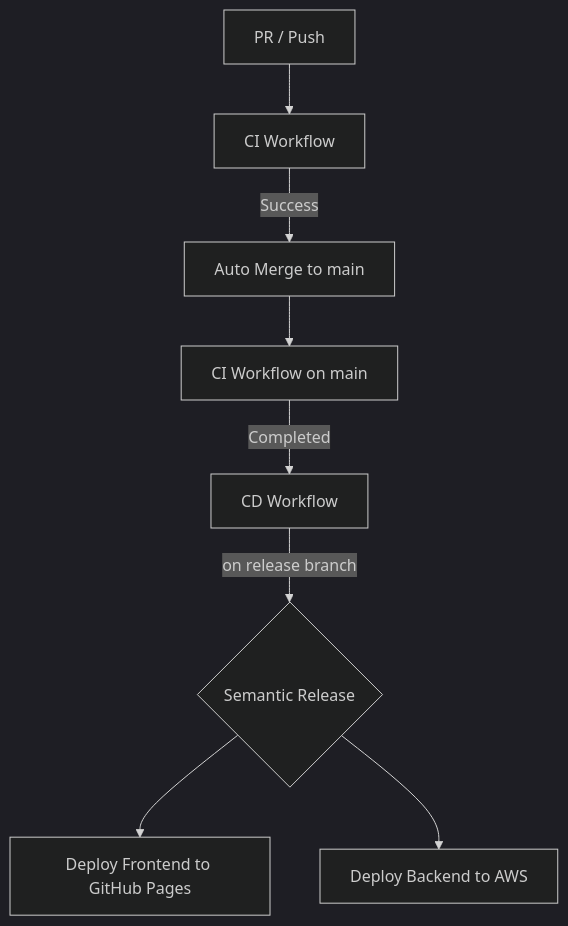
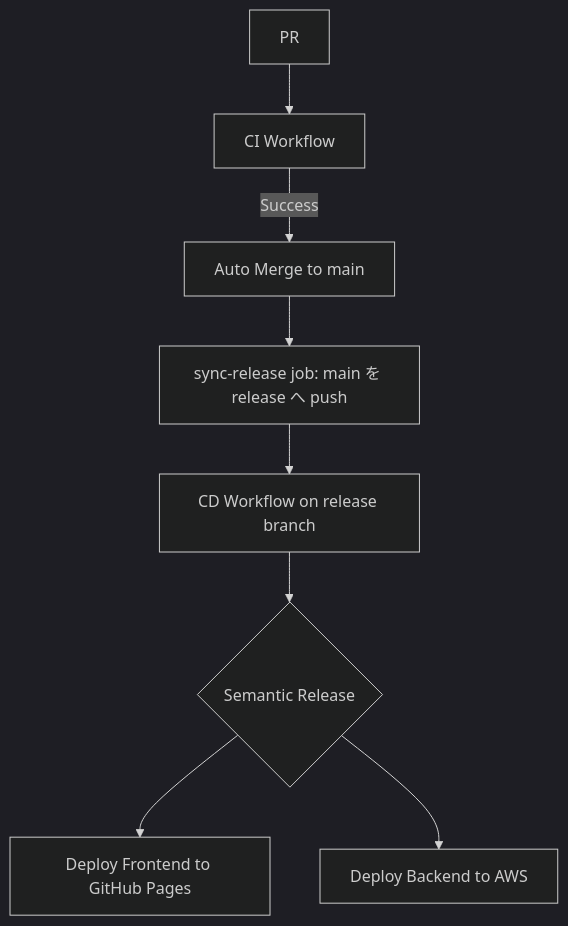
The diagram in docs/cicd-pipeline-specification.md (bamiyanapp/karuta), drawn with Mermaid (dark theme) before and after one commit. The commit also changed other lines of this file, not shown here.

First paragraph of the commit message:
docs(cicd): CD仕様書のトリガー説明を実際のワークフローに合わせて修正 (#263)
* docs(cicd): CD仕様書のトリガー説明を実際のワークフローに合わせて修正

````diff
--- a/docs/cicd-pipeline-specification.md
+++ b/docs/cicd-pipeline-specification.md
@@ -7,10 +7,10 @@
 ```mermaid
 graph TD
-    A[PR / Push] --> B[CI Workflow];
+    A[PR] --> B[CI Workflow];
     B -->|Success| C[Auto Merge to main];
-    C --> D[CI Workflow on main];
-    D -->|Completed| E[CD Workflow];
-    E -->|on release branch| F{Semantic Release};
+    C --> D[sync-release job: main を release へ push];
+    D --> E[CD Workflow on release branch];
+    E --> F{Semantic Release};
     F --> G[Deploy Frontend to GitHub Pages];
     F --> H[Deploy Backend to AWS];
 ```
````
